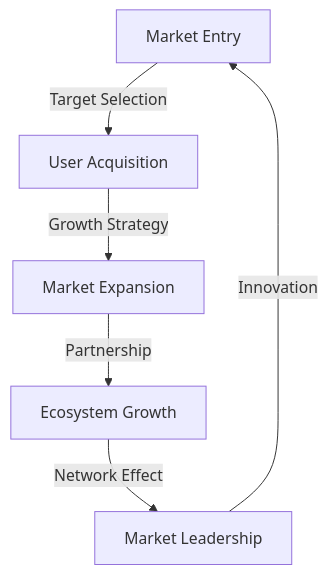
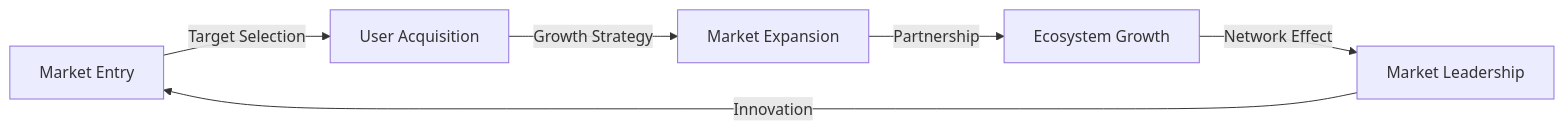
Before and after one commit to MEMEFANS/memefans: the fifth of 13 diagrams in docs/whitepaper/market-analysis.md, drawn with Mermaid. The commit also changed other lines of this file, not shown here.

Commit message:
fix: convert all graphs to simple LR format for maximum compatibility

````diff
--- a/docs/whitepaper/market-analysis.md
+++ b/docs/whitepaper/market-analysis.md
@@ -237,8 +210,8 @@
 ```mermaid
-graph TD
+graph LR
     A[Market Entry] -->|Target Selection| B[User Acquisition]
     B -->|Growth Strategy| C[Market Expansion]
     C -->|Partnership| D[Ecosystem Growth]
     D -->|Network Effect| E[Market Leadership]
     E -->|Innovation| A
 ```
````
